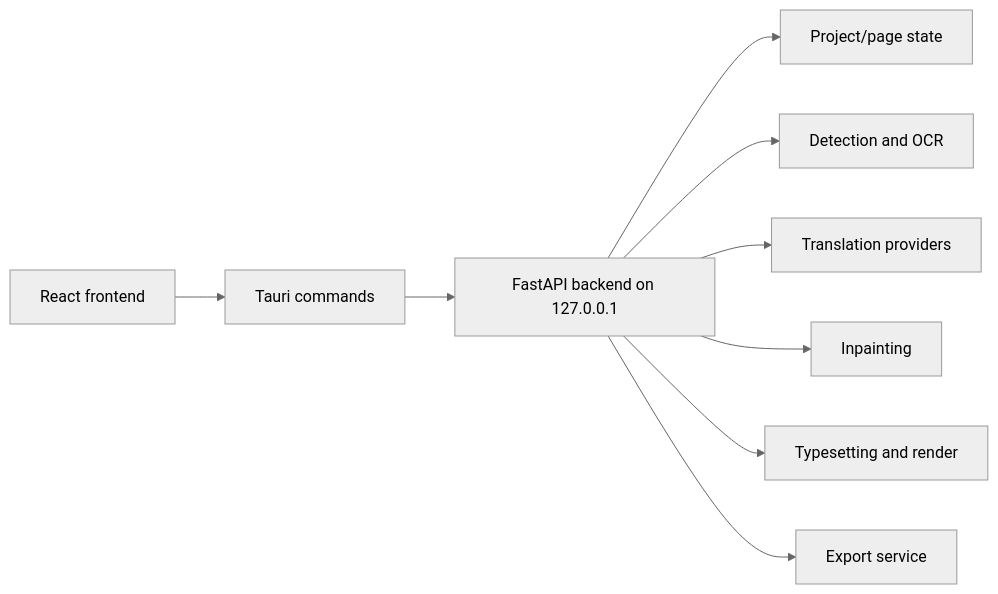
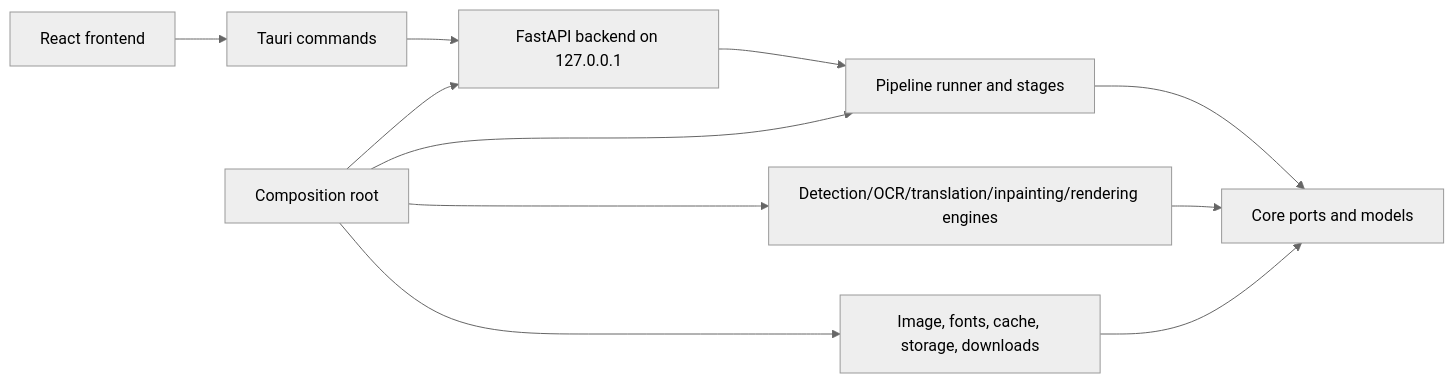
Before and after one commit to gapfixnid/vibecleaner: the diagram in README.md, drawn with Mermaid (neutral theme). The commit also changed other lines of this file and 21 other files, not shown here.

````diff
--- a/README.md
+++ b/README.md
@@ -9,11 +9,13 @@
 ```mermaid
 flowchart LR
   UI["React frontend"] --> Tauri["Tauri commands"]
   Tauri --> API["FastAPI backend on 127.0.0.1"]
-  API --> Core["Project/page state"]
-  API --> Detect["Detection and OCR"]
-  API --> Translate["Translation providers"]
-  API --> Inpaint["Inpainting"]
-  API --> Render["Typesetting and render"]
-  API --> Export["Export service"]
+  API --> Pipeline["Pipeline runner and stages"]
+  Pipeline --> Ports["Core ports and models"]
+  Engines["Detection/OCR/translation/inpainting/rendering engines"] --> Ports
+  Infrastructure["Image, fonts, cache, storage, downloads"] --> Ports
+  Container["Composition root"] --> API
+  Container --> Pipeline
+  Container --> Engines
+  Container --> Infrastructure
 ```
````
